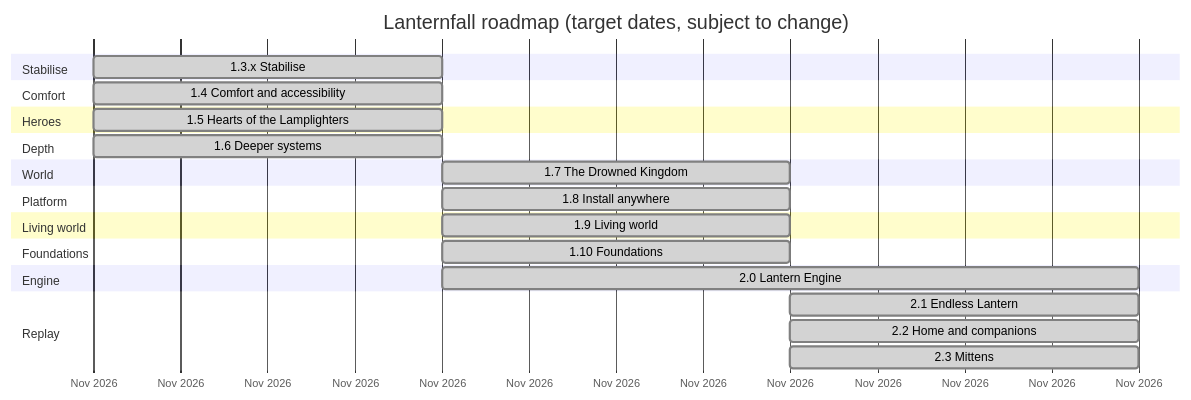
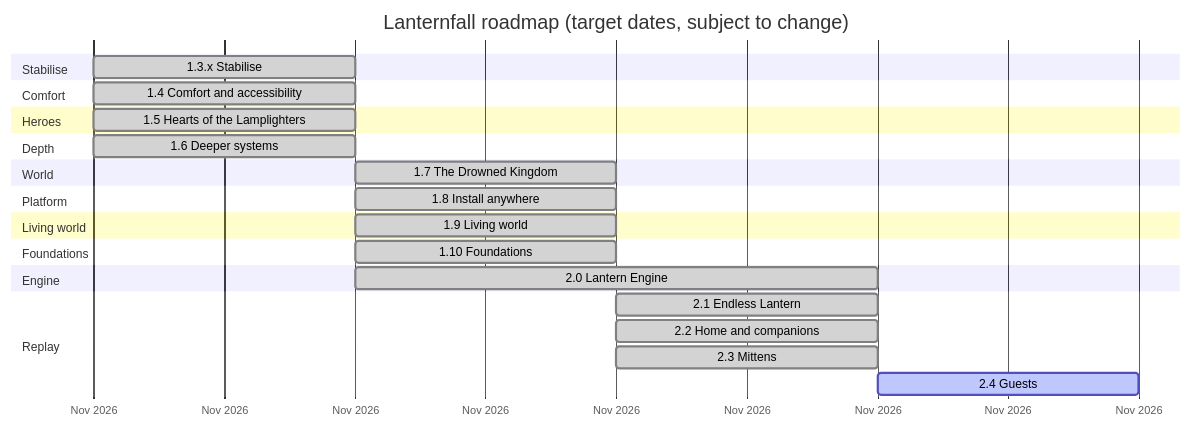
One commit to CptNope/Laternfall changed the third of 14 diagrams in ROADMAP.md. Above: the diagram before and after it, drawn with Mermaid. The commit also changed other lines of this file and 19 other files, not shown here.

````diff
--- a/ROADMAP.md
+++ b/ROADMAP.md
@@ -99,28 +99,29 @@
 ```mermaid
 gantt
     title Lanternfall roadmap (target dates, subject to change)
     dateFormat YYYY-MM-DD
     axisFormat %b %Y
     section Stabilise
     1.3.x Stabilise                  :done, m13, 2026-11-23, 1d
     section Comfort
     1.4 Comfort and accessibility    :done, m14, 2026-11-23, 1d
     section Heroes
     1.5 Hearts of the Lamplighters   :done, m15, 2026-11-23, 1d
     section Depth
     1.6 Deeper systems               :done, m16, 2026-11-23, 1d
     section World
     1.7 The Drowned Kingdom          :done, m17, 2026-11-24, 1d
     section Platform
     1.8 Install anywhere             :done, m18, 2026-11-24, 1d
     section Living world
     1.9 Living world                 :done, m19, 2026-11-24, 1d
     section Foundations
     1.10 Foundations                 :done, m110, 2026-11-24, 1d
     section Engine
     2.0 Lantern Engine               :done, m20, 2026-11-24, 2d
     section Replay
     2.1 Endless Lantern              :done, m21, 2026-11-25, 1d
     2.2 Home and companions          :done, m22, 2026-11-25, 1d
     2.3 Mittens                      :done, m23, 2026-11-25, 1d
+    2.4 Guests                       :active, m24, 2026-11-26, 1d
 ```
````
